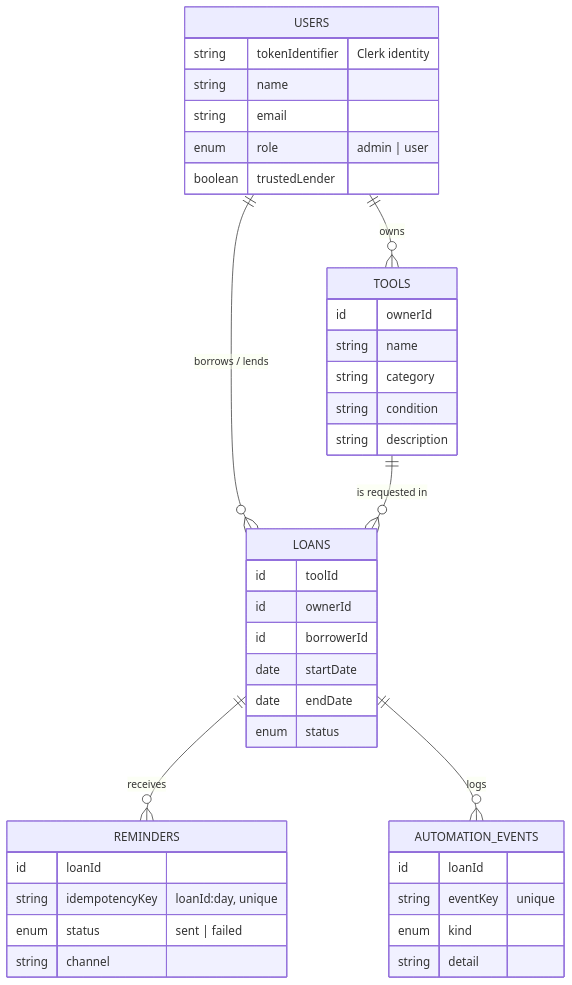
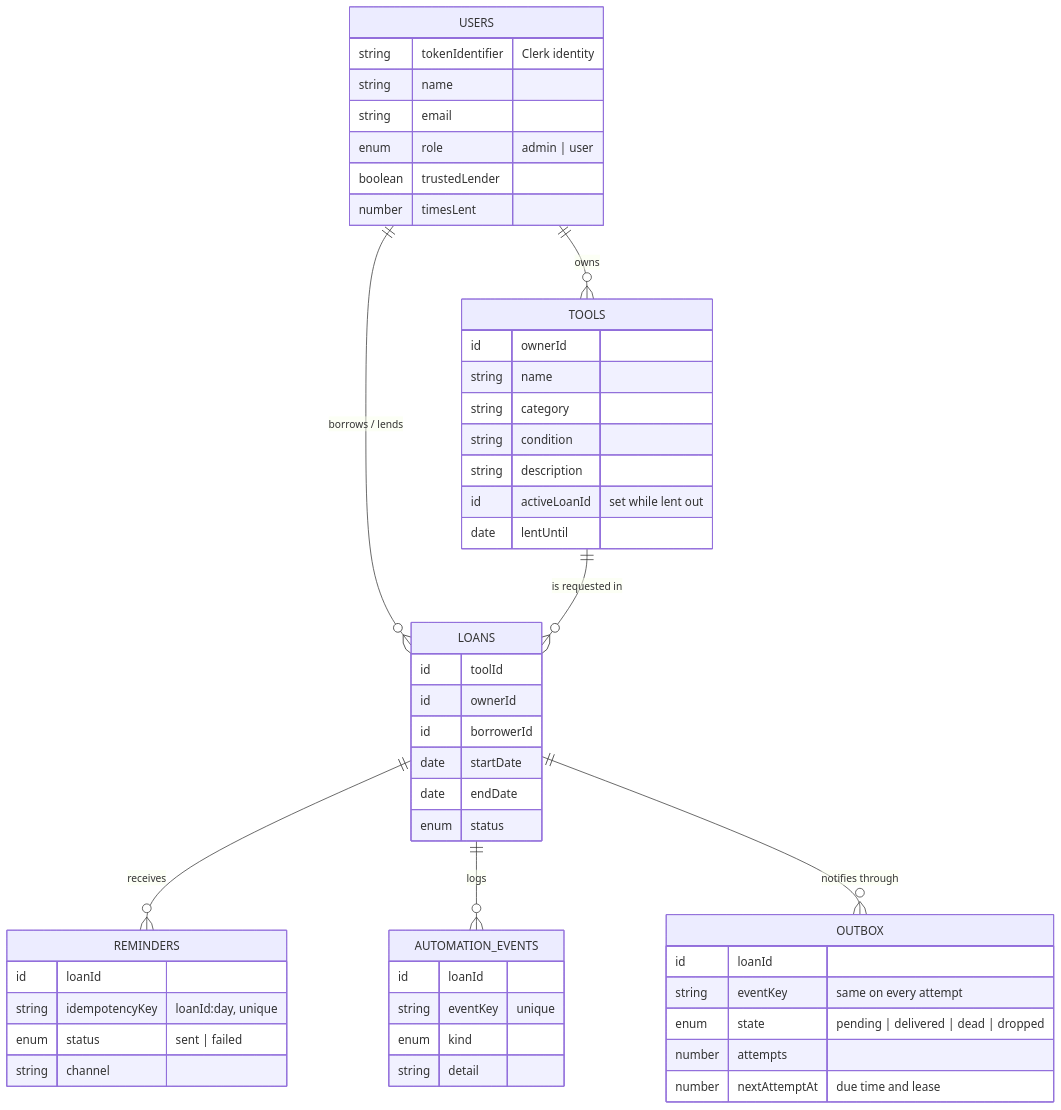
The sixth of 8 diagrams in README.md (jhamiltonjunior/tool-lending-board), drawn with Mermaid before and after one commit. The commit also changed other lines of this file, not shown here.

Commit message:
Document the outbox, the board clock and the scaling decisions

````diff
--- a/README.md
+++ b/README.md
@@ -179,43 +214,54 @@
 ```mermaid
 erDiagram
     USERS ||--o{ TOOLS : owns
     USERS ||--o{ LOANS : "borrows / lends"
     TOOLS ||--o{ LOANS : "is requested in"
     LOANS ||--o{ REMINDERS : "receives"
     LOANS ||--o{ AUTOMATION_EVENTS : "logs"
+    LOANS ||--o{ OUTBOX : "notifies through"
 
     USERS {
         string tokenIdentifier "Clerk identity"
         string name
         string email
         enum role "admin | user"
         boolean trustedLender
+        number timesLent
     }
     TOOLS {
         id ownerId
         string name
         string category
         string condition
         string description
+        id activeLoanId "set while lent out"
+        date lentUntil
     }
     LOANS {
         id toolId
         id ownerId
         id borrowerId
         date startDate
         date endDate
         enum status
     }
     REMINDERS {
         id loanId
         string idempotencyKey "loanId:day, unique"
         enum status "sent | failed"
         string channel
     }
     AUTOMATION_EVENTS {
         id loanId
         string eventKey "unique"
         enum kind
         string detail
     }
+    OUTBOX {
+        id loanId
+        string eventKey "same on every attempt"
+        enum state "pending | delivered | dead | dropped"
+        number attempts
+        number nextAttemptAt "due time and lease"
+    }
 ```
````
